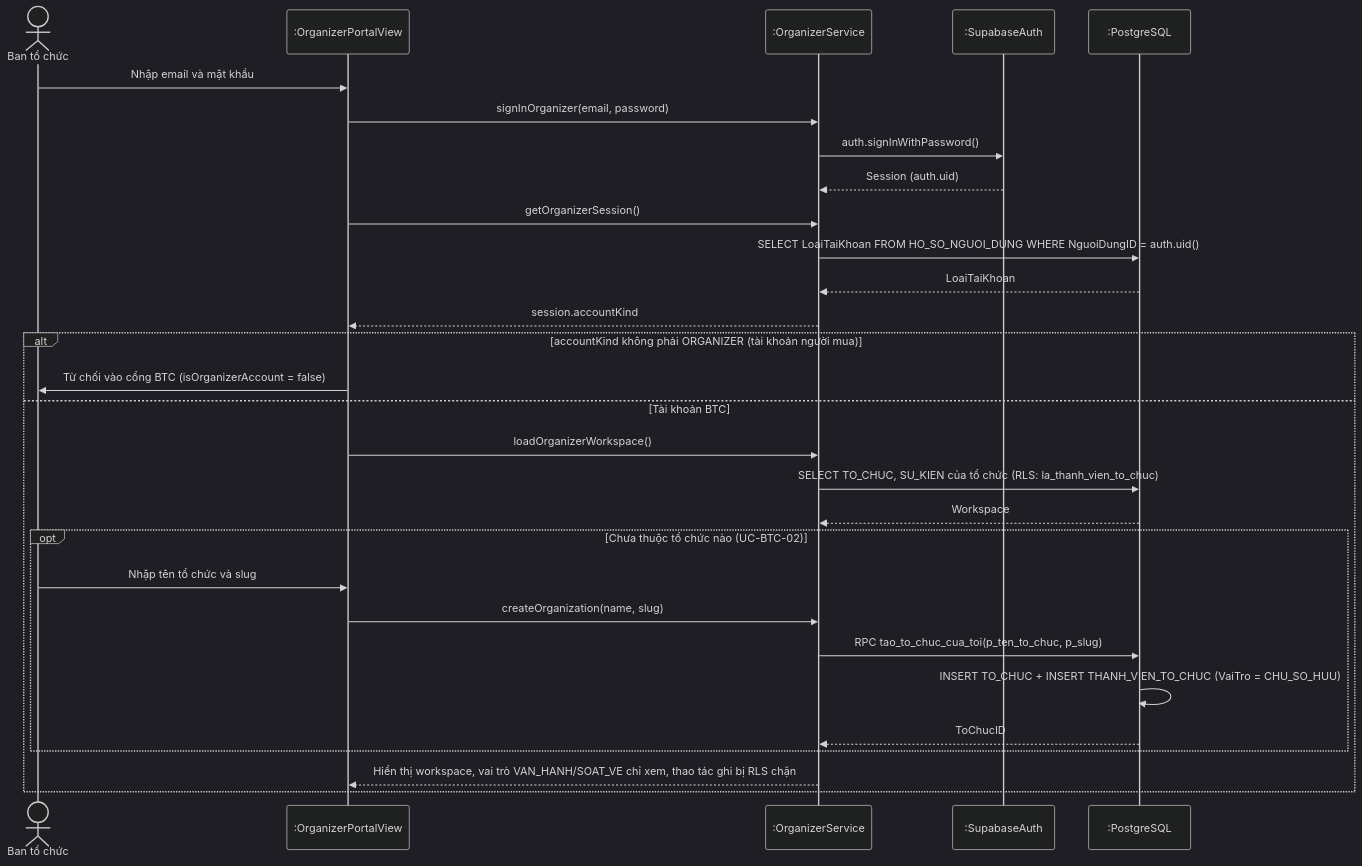
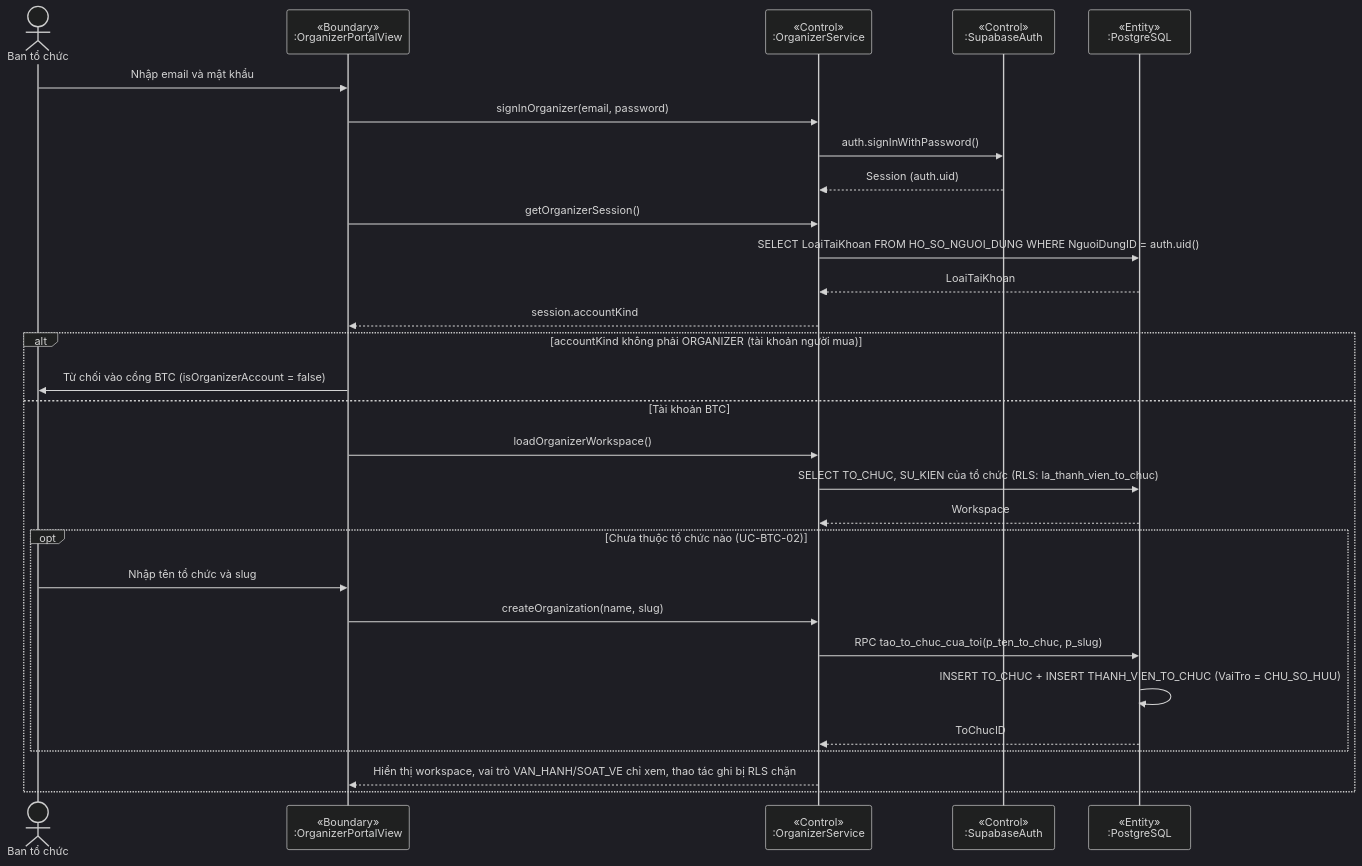
Diagram 12 of 16 in docs/sprint1-deliverables/02_ANALYSIS_AND_SYSTEM_DESIGN.md (minhdc2011/EVENTTICKETING), drawn with Mermaid (dark theme) before and after one commit. The commit also changed other lines of this file, not shown here.

Commit message:
docs: add BCE stereotypes to sequence diagram lifelines

````diff
--- a/docs/sprint1-deliverables/02_ANALYSIS_AND_SYSTEM_DESIGN.md
+++ b/docs/sprint1-deliverables/02_ANALYSIS_AND_SYSTEM_DESIGN.md
@@ -886,32 +888,32 @@
 ```mermaid
 sequenceDiagram
   actor O as Ban tổ chức
-  participant UI as :OrganizerPortalView
-  participant OS as :OrganizerService
-  participant AUTH as :SupabaseAuth
-  participant DB as :PostgreSQL
+  participant UI as «Boundary»<br/>:OrganizerPortalView
+  participant OS as «Control»<br/>:OrganizerService
+  participant AUTH as «Control»<br/>:SupabaseAuth
+  participant DB as «Entity»<br/>:PostgreSQL
 
   O->>UI: Nhập email và mật khẩu
   UI->>OS: signInOrganizer(email, password)
   OS->>AUTH: auth.signInWithPassword()
   AUTH-->>OS: Session (auth.uid)
   UI->>OS: getOrganizerSession()
   OS->>DB: SELECT LoaiTaiKhoan FROM HO_SO_NGUOI_DUNG WHERE NguoiDungID = auth.uid()
   DB-->>OS: LoaiTaiKhoan
   OS-->>UI: session.accountKind
   alt accountKind không phải ORGANIZER (tài khoản người mua)
     UI->>O: Từ chối vào cổng BTC (isOrganizerAccount = false)
   else Tài khoản BTC
     UI->>OS: loadOrganizerWorkspace()
     OS->>DB: SELECT TO_CHUC, SU_KIEN của tổ chức (RLS: la_thanh_vien_to_chuc)
     DB-->>OS: Workspace
     opt Chưa thuộc tổ chức nào (UC-BTC-02)
       O->>UI: Nhập tên tổ chức và slug
       UI->>OS: createOrganization(name, slug)
       OS->>DB: RPC tao_to_chuc_cua_toi(p_ten_to_chuc, p_slug)
       DB->>DB: INSERT TO_CHUC + INSERT THANH_VIEN_TO_CHUC (VaiTro = CHU_SO_HUU)
       DB-->>OS: ToChucID
     end
     OS-->>UI: Hiển thị workspace, vai trò VAN_HANH/SOAT_VE chỉ xem, thao tác ghi bị RLS chặn
   end
 ```
````
